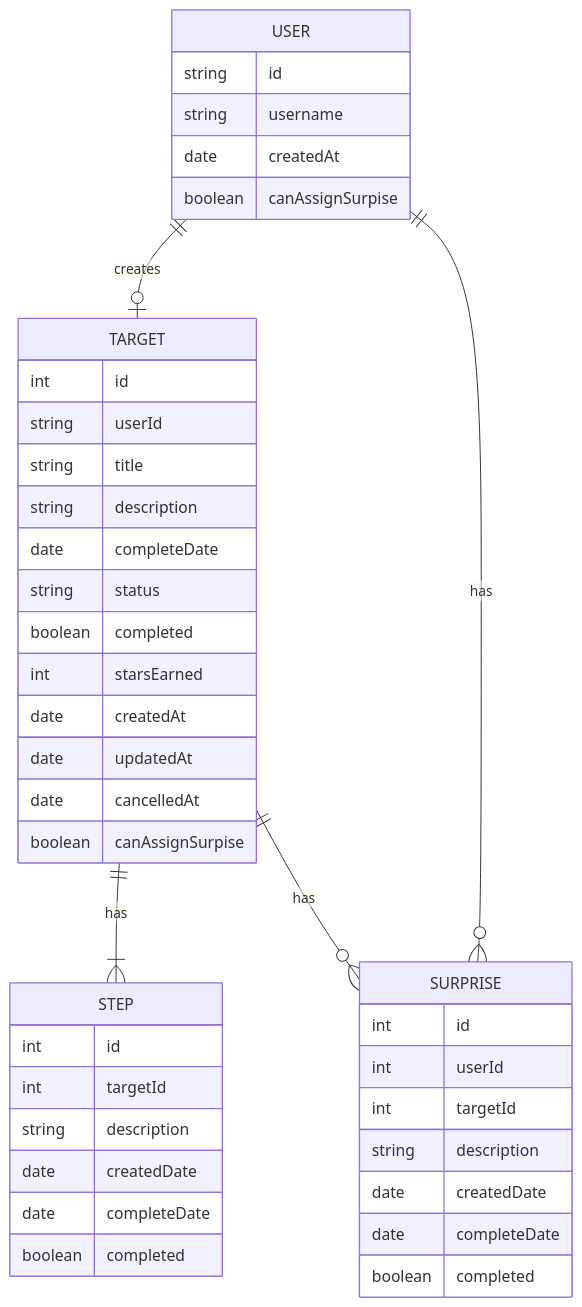
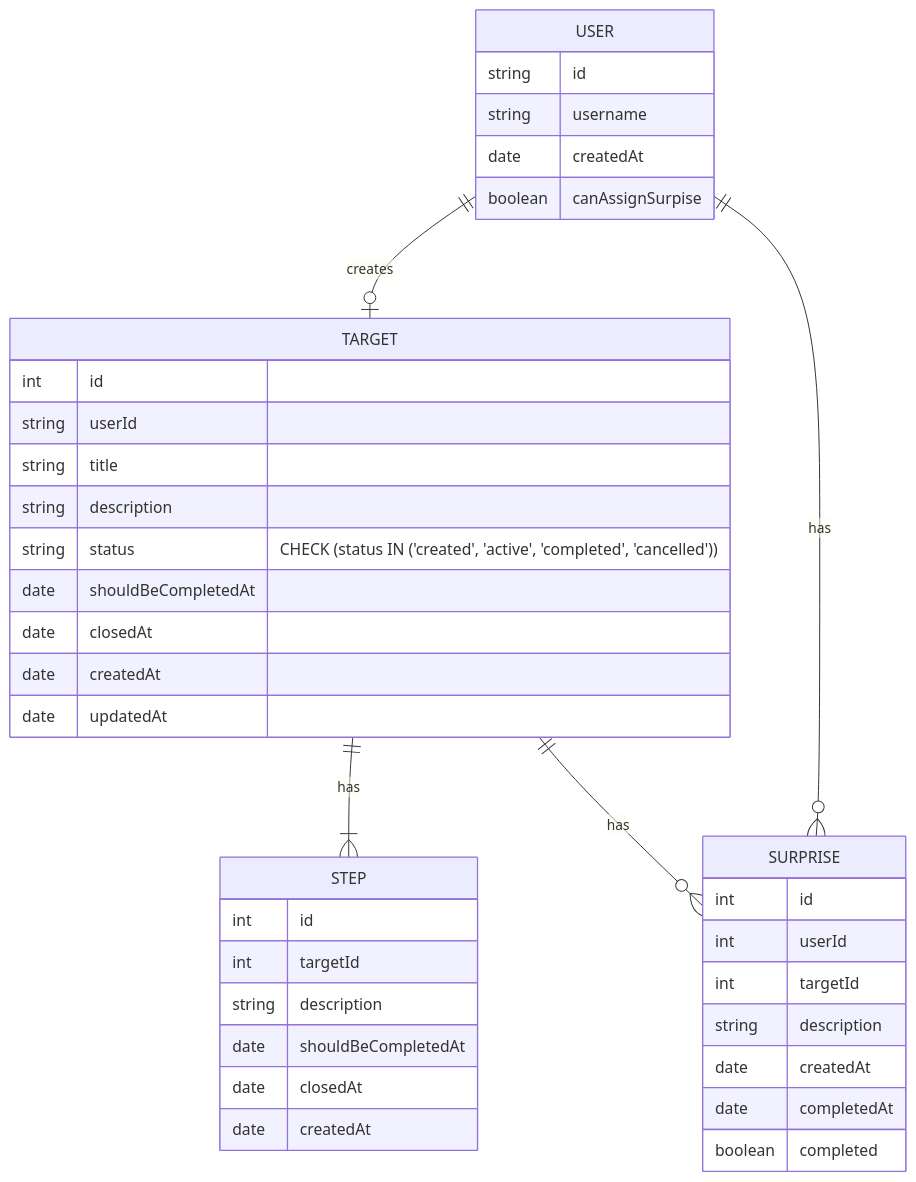
One commit to alexanderKaramushko/goals-service changed the diagram in README.md. Above: the diagram before and after it, drawn with Mermaid. The commit also changed other lines of this file and 2 other files, not shown here.

Commit message:
миграция создания таблицы целей

````diff
--- a/README.md
+++ b/README.md
@@ -66,45 +66,42 @@
 ```mermaid
 erDiagram
     USER {
       string id
       string username
       date createdAt
       boolean canAssignSurpise
     }
     TARGET {
       int id
       string userId
       string title
       string description
-      date completeDate
-      string status
-      boolean completed
-      int starsEarned
+      string status "CHECK (status IN ('created', 'active', 'completed', 'cancelled'))"
+      date shouldBeCompletedAt
+      date closedAt
       date createdAt
       date updatedAt
-      date cancelledAt
-      boolean canAssignSurpise
     }
     STEP {
       int id
       int targetId
       string description
-      date createdDate
-      date completeDate
-      boolean completed
+      date shouldBeCompletedAt
+      date closedAt
+      date createdAt
     }
     SURPRISE {
       int id
       int userId
       int targetId
       string description
-      date createdDate
-      date completeDate
+      date createdAt
+      date completedAt
       boolean completed
     }
 
     USER ||--o| TARGET : creates
     TARGET ||--|{ STEP : has
     TARGET ||--o{ SURPRISE : has
     USER ||--o{ SURPRISE : has
 ```
````
